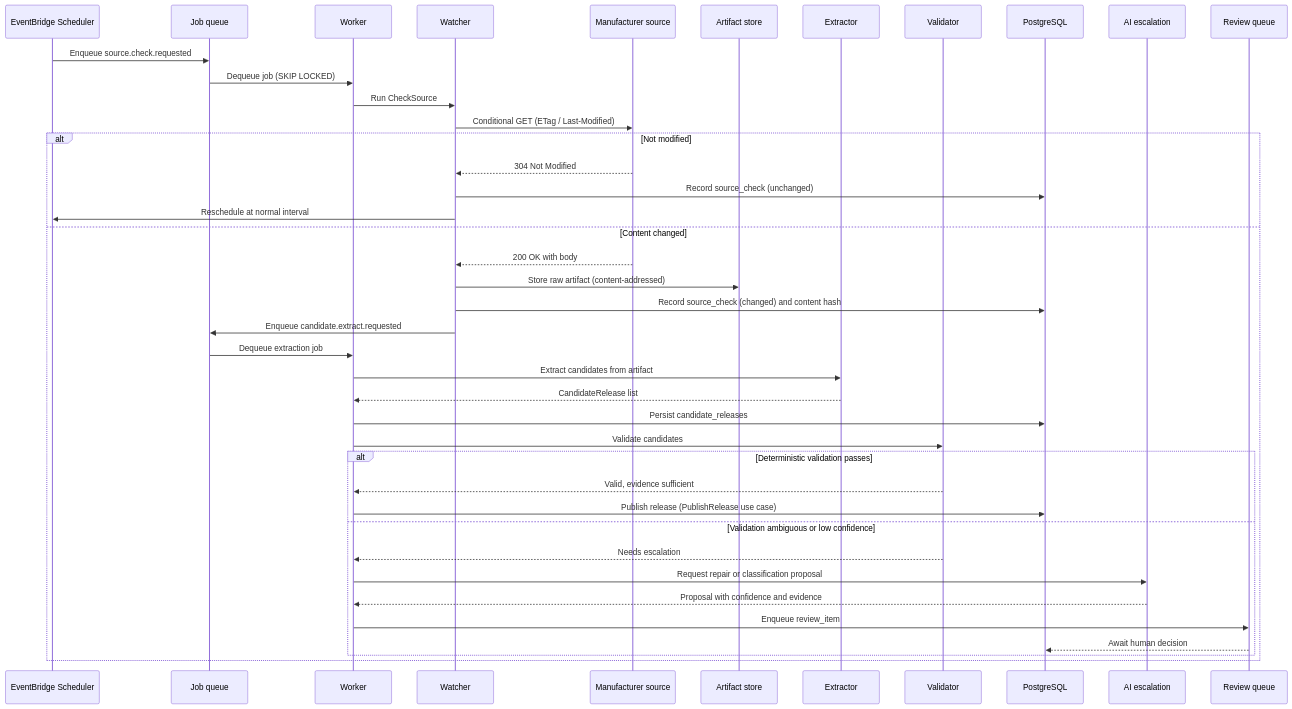
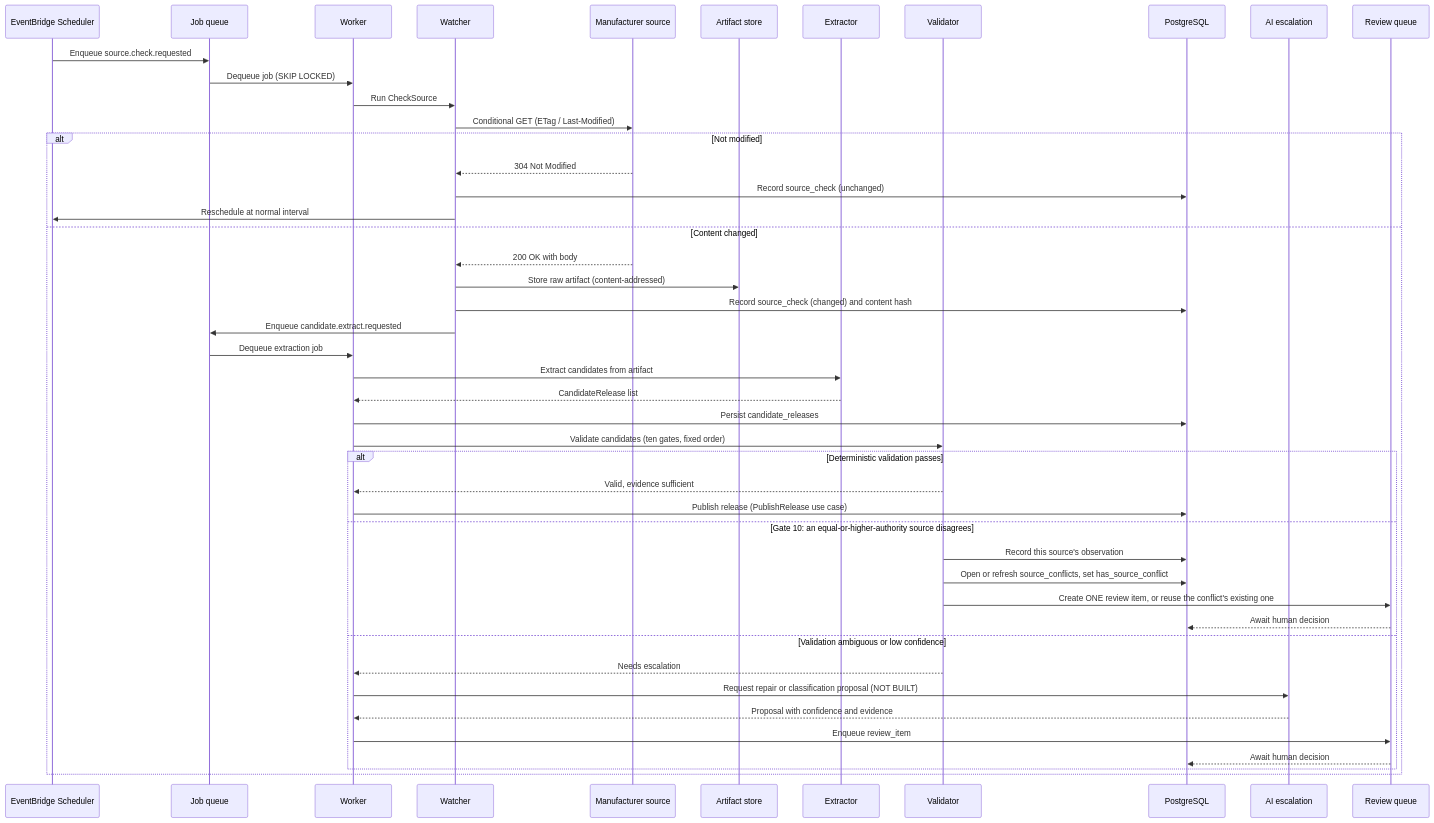
The diagram in docs/diagrams/collector-sequence.md (macimottin/firmscout), drawn with Mermaid before and after one commit. The commit also changed other lines of this file and 29 other files, not shown here.

````diff
--- a/docs/diagrams/collector-sequence.md
+++ b/docs/diagrams/collector-sequence.md
@@ -5,46 +5,51 @@
 ```mermaid
 sequenceDiagram
     participant Sched as EventBridge Scheduler
     participant Queue as Job queue
     participant Worker as Worker
     participant Watcher as Watcher
     participant Source as Manufacturer source
     participant Store as Artifact store
     participant Extractor as Extractor
     participant Validator as Validator
     participant DB as PostgreSQL
     participant AI as AI escalation
     participant Review as Review queue
 
     Sched->>Queue: Enqueue source.check.requested
     Queue->>Worker: Dequeue job (SKIP LOCKED)
     Worker->>Watcher: Run CheckSource
     Watcher->>Source: Conditional GET (ETag / Last-Modified)
 
     alt Not modified
         Source-->>Watcher: 304 Not Modified
         Watcher->>DB: Record source_check (unchanged)
         Watcher->>Sched: Reschedule at normal interval
     else Content changed
         Source-->>Watcher: 200 OK with body
         Watcher->>Store: Store raw artifact (content-addressed)
         Watcher->>DB: Record source_check (changed) and content hash
         Watcher->>Queue: Enqueue candidate.extract.requested
         Queue->>Worker: Dequeue extraction job
         Worker->>Extractor: Extract candidates from artifact
         Extractor-->>Worker: CandidateRelease list
         Worker->>DB: Persist candidate_releases
 
-        Worker->>Validator: Validate candidates
+        Worker->>Validator: Validate candidates (ten gates, fixed order)
         alt Deterministic validation passes
             Validator-->>Worker: Valid, evidence sufficient
             Worker->>DB: Publish release (PublishRelease use case)
+        else Gate 10: an equal-or-higher-authority source disagrees
+            Validator->>DB: Record this source's observation
+            Validator->>DB: Open or refresh source_conflicts, set has_source_conflict
+            Validator->>Review: Create ONE review item, or reuse the conflict's existing one
+            Review-->>DB: Await human decision
         else Validation ambiguous or low confidence
             Validator-->>Worker: Needs escalation
-            Worker->>AI: Request repair or classification proposal
+            Worker->>AI: Request repair or classification proposal (NOT BUILT)
             AI-->>Worker: Proposal with confidence and evidence
             Worker->>Review: Enqueue review_item
             Review-->>DB: Await human decision
         end
     end
 ```
````
